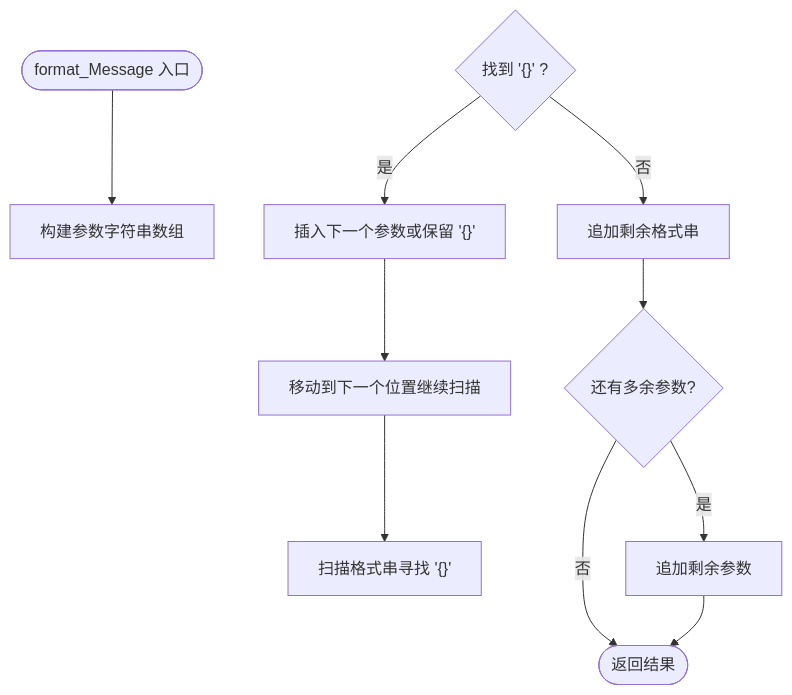
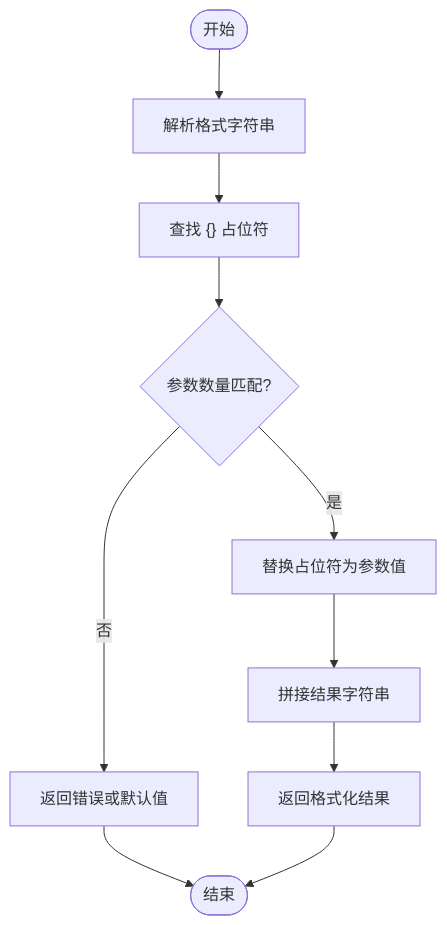
Before and after one commit to Lukad77/awr1843-radar-toolkit: the sixth of 7 diagrams in .qoder/repowiki/zh/content/日志系统.md, drawn with Mermaid. The commit also changed other lines of this file and 106 other files, not shown here.

````diff
--- a/.qoder/repowiki/zh/content/日志系统.md
+++ b/.qoder/repowiki/zh/content/日志系统.md
@@ -241,14 +215,12 @@
 ```mermaid
 flowchart TD
-Start(["format_Message 入口"]) --> BuildArgs["构建参数字符串数组"]
-Scan["扫描格式串寻找 '{}'"]
-Replace{"找到 '{}' ?"}
-Replace --> |是| InsertArg["插入下一个参数或保留 '{}'"]
-Replace --> |否| AppendTail["追加剩余格式串"]
-InsertArg --> NextPos["移动到下一个位置继续扫描"]
-NextPos --> Scan
-AppendTail --> CheckExtra{"还有多余参数?"}
-CheckExtra --> |是| AppendExtra["追加剩余参数"]
-CheckExtra --> |否| Done(["返回结果"])
-AppendExtra --> Done
+Start(["开始"]) --> Parse["解析格式字符串"]
+Parse --> FindPlaceholder["查找 {} 占位符"]
+FindPlaceholder --> MatchArgs{"参数数量匹配?"}
+MatchArgs --> |否| Error["返回错误或默认值"]
+MatchArgs --> |是| Replace["替换占位符为参数值"]
+Replace --> Concat["拼接结果字符串"]
+Concat --> Return["返回格式化结果"]
+Error --> End(["结束"])
+Return --> End
 ```
````
